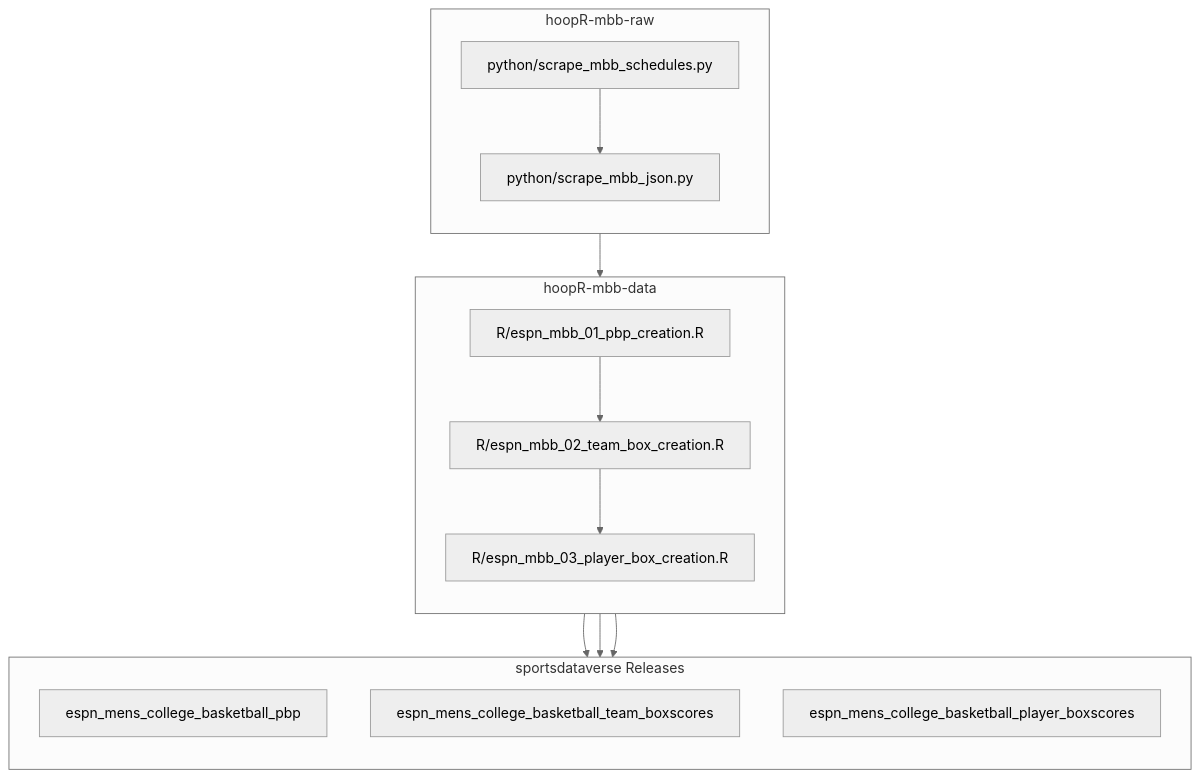
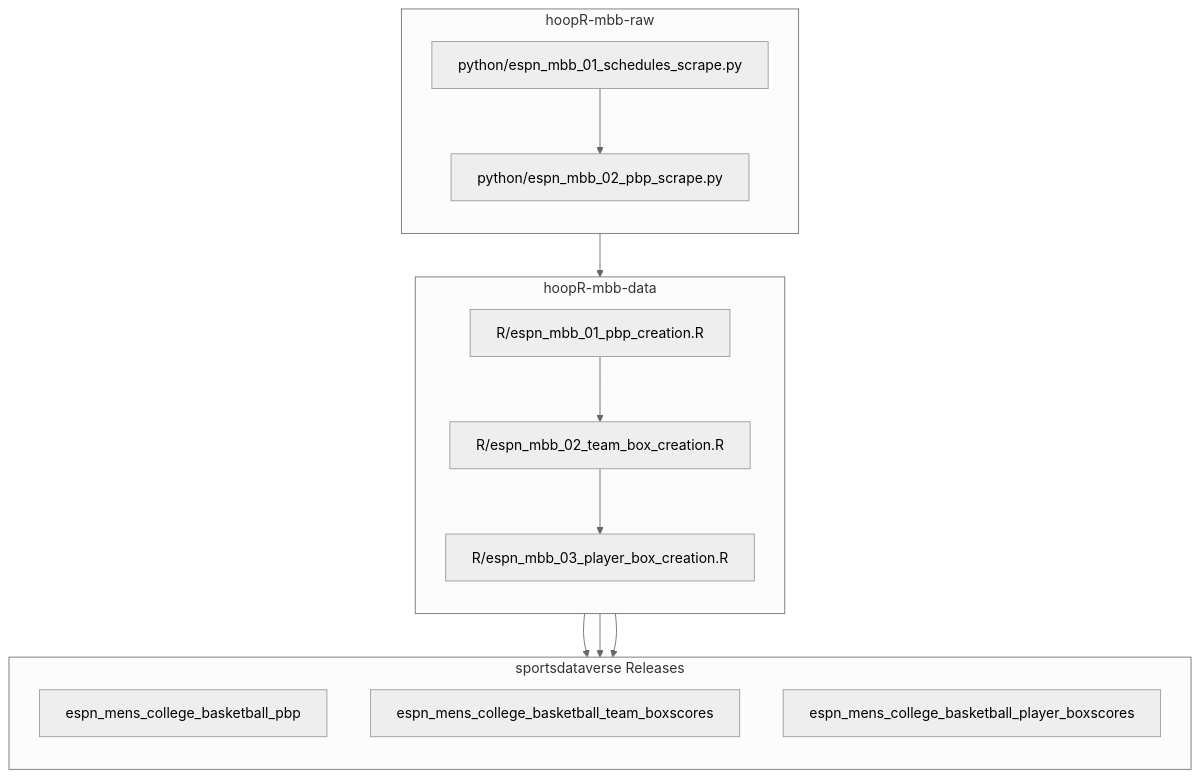
Before and after one commit to sportsdataverse/hoopR-mbb-raw: the second of 2 diagrams in README.md, drawn with Mermaid (neutral theme). The commit also changed other lines of this file and 12 other files, not shown here.

First line of the commit message:
refactor(pipeline): rename python scrapers to canonical espn_mbb_NN stage numbering

````diff
--- a/README.md
+++ b/README.md
@@ -14,26 +14,26 @@
 ```mermaid
 flowchart TB;
     subgraph A[hoopR-mbb-raw];
         direction TB;
-        A1[python/scrape_mbb_schedules.py]-->A2[python/scrape_mbb_json.py];
+        A1[python/espn_mbb_01_schedules_scrape.py]-->A2[python/espn_mbb_02_pbp_scrape.py];
     end;
 
     subgraph B[hoopR-mbb-data];
         direction TB;
         B1[R/espn_mbb_01_pbp_creation.R]-->B2[R/espn_mbb_02_team_box_creation.R];
         B2[R/espn_mbb_02_team_box_creation.R]-->B3[R/espn_mbb_03_player_box_creation.R];
     end;
 
     subgraph C[sportsdataverse Releases];
         direction TB;
         C1[espn_mens_college_basketball_pbp];
         C2[espn_mens_college_basketball_team_boxscores];
         C3[espn_mens_college_basketball_player_boxscores];
     end;
 
     A-->B;
     B-->C1;
     B-->C2;
     B-->C3;
 
 ```
````
